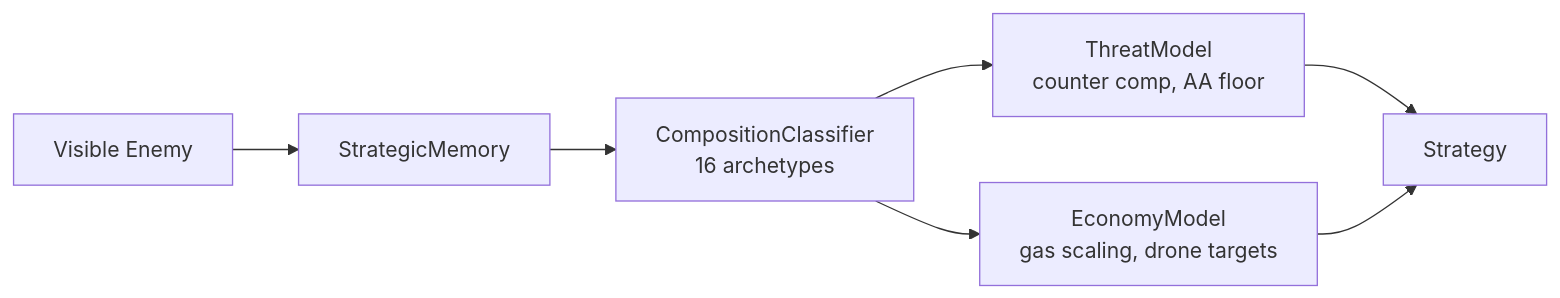
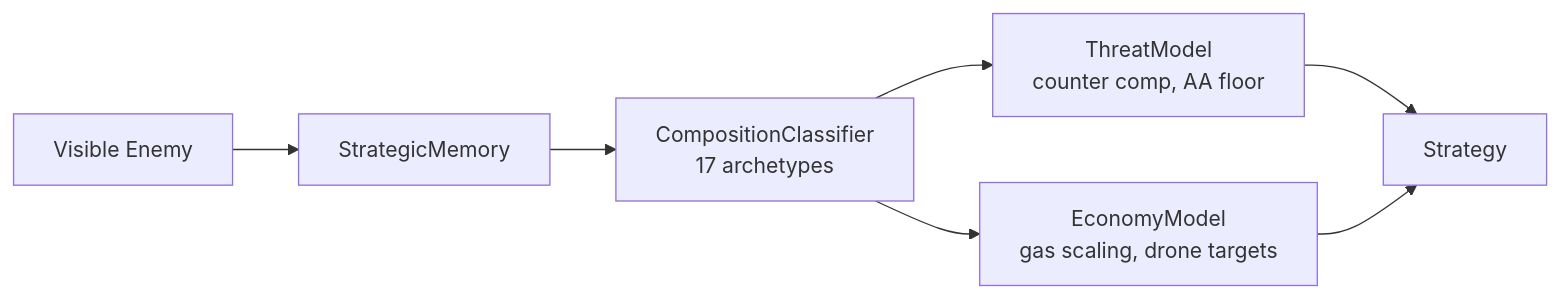
Before and after one commit to JtPerez-Acle/sc2-InfoCruncher: the second of 4 diagrams in README.md, drawn with Mermaid. The commit also changed other lines of this file and 28 other files, not shown here.

````diff
--- a/README.md
+++ b/README.md
@@ -41,9 +57,9 @@
 ```mermaid
 graph LR
     A[Visible Enemy] --> B[StrategicMemory]
-    B --> C[CompositionClassifier<br/>16 archetypes]
+    B --> C[CompositionClassifier<br/>17 archetypes]
     C --> D[ThreatModel<br/>counter comp, AA floor]
     C --> E[EconomyModel<br/>gas scaling, drone targets]
     D --> F[Strategy]
     E --> F
 ```
````
